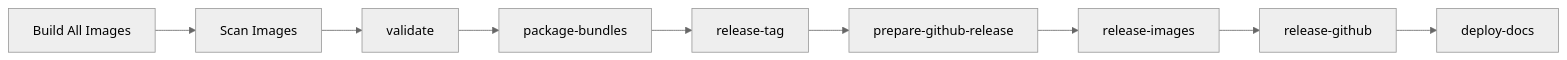
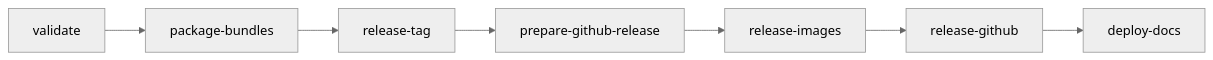
One commit to autowarefoundation/openadkit changed the diagram in docs/development/build-from-source.md. Above: the diagram before and after it, drawn with Mermaid (neutral theme). The commit also changed other lines of this file and 2 other files, not shown here.

First line of the commit message:
docs: shorten the release process and fail on broken anchors

````diff
--- a/docs/development/build-from-source.md
+++ b/docs/development/build-from-source.md
@@ -210,11 +138,4 @@
 ```mermaid
 flowchart LR
-    A[Build All Images] --> S[Scan Images]
-    S --> V[validate]
-    V --> P[package-bundles]
-    P --> T[release-tag]
-    T --> D[prepare-github-release]
-    D --> I[release-images]
-    I --> G[release-github]
-    G --> W[deploy-docs]
+    V[validate] --> P[package-bundles] --> T[release-tag] --> D[prepare-github-release] --> I[release-images] --> G[release-github] --> W[deploy-docs]
 ```
````
